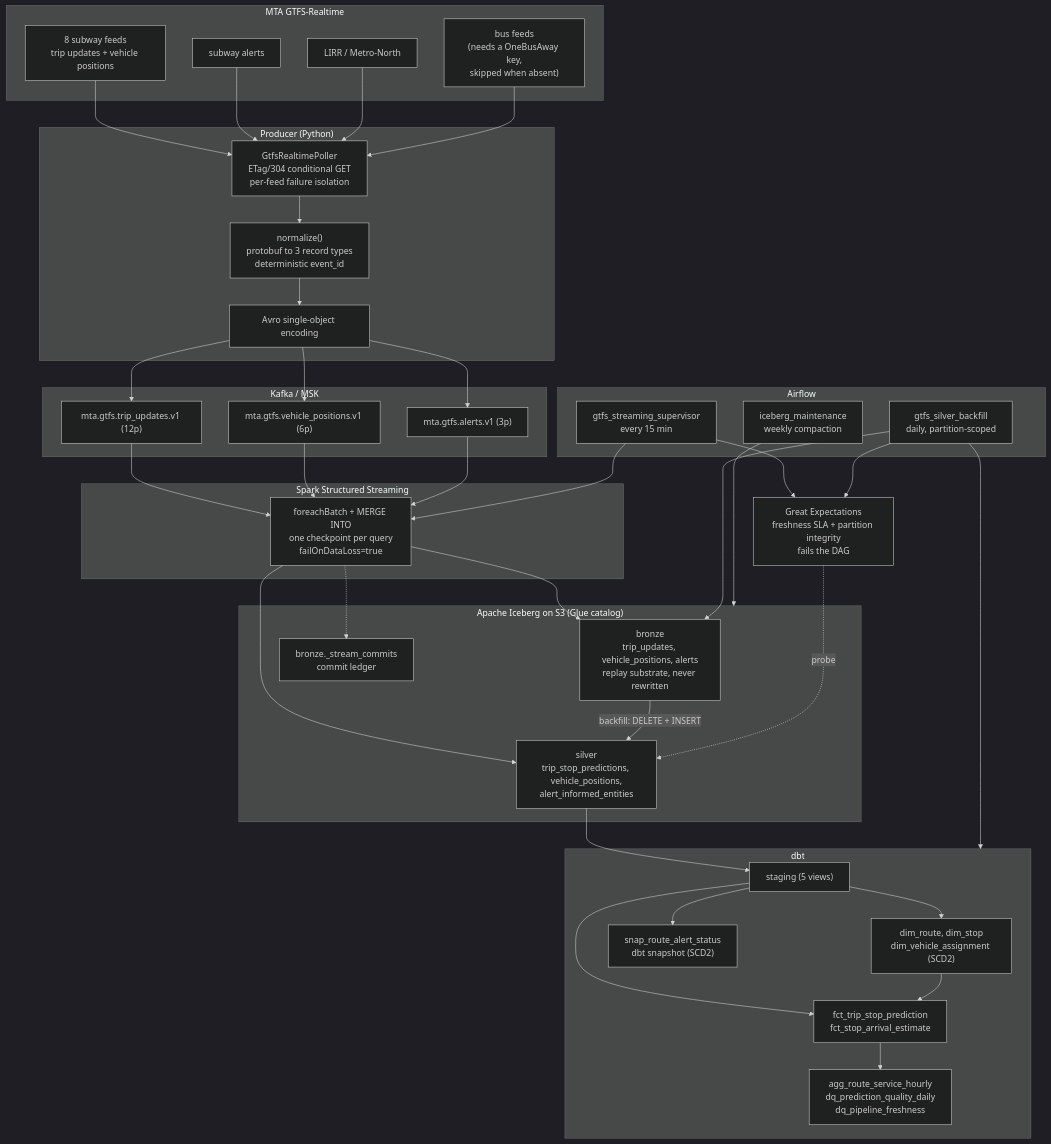
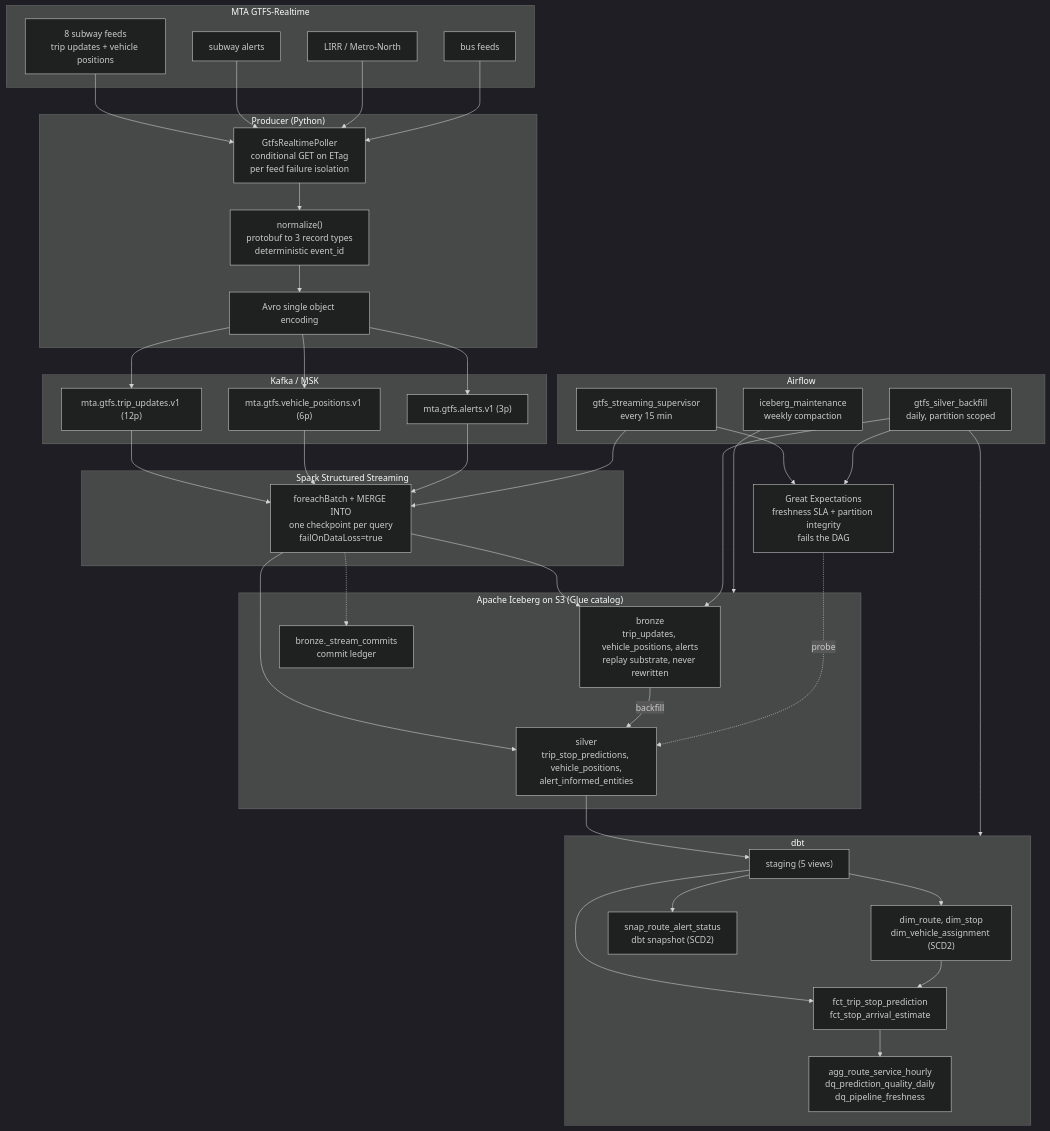
Before and after one commit to husseinmohab/nyc-transit-lakehouse: the diagram in README.md, drawn with Mermaid (dark theme). The commit also changed other lines of this file and 5 other files, not shown here.

````diff
--- a/README.md
+++ b/README.md
@@ -24,65 +11,65 @@
 ```mermaid
 flowchart TB
     subgraph src["MTA GTFS-Realtime"]
         F1["8 subway feeds<br/>trip updates + vehicle positions"]
         F2["subway alerts"]
         F3["LIRR / Metro-North"]
-        F4["bus feeds<br/>(needs a OneBusAway key,<br/>skipped when absent)"]
+        F4["bus feeds"]
     end
 
     subgraph ingest["Producer (Python)"]
-        P["GtfsRealtimePoller<br/>ETag/304 conditional GET<br/>per-feed failure isolation"]
+        P["GtfsRealtimePoller<br/>conditional GET on ETag<br/>per feed failure isolation"]
         N["normalize()<br/>protobuf to 3 record types<br/>deterministic event_id"]
-        A["Avro single-object encoding"]
+        A["Avro single object encoding"]
     end
 
     subgraph kafka["Kafka / MSK"]
         K1["mta.gtfs.trip_updates.v1 (12p)"]
         K2["mta.gtfs.vehicle_positions.v1 (6p)"]
         K3["mta.gtfs.alerts.v1 (3p)"]
     end
 
     subgraph spark["Spark Structured Streaming"]
         S["foreachBatch + MERGE INTO<br/>one checkpoint per query<br/>failOnDataLoss=true"]
     end
 
     subgraph lake["Apache Iceberg on S3 (Glue catalog)"]
         B["bronze<br/>trip_updates, vehicle_positions, alerts<br/>replay substrate, never rewritten"]
         SI["silver<br/>trip_stop_predictions, vehicle_positions,<br/>alert_informed_entities"]
         L["bronze._stream_commits<br/>commit ledger"]
     end
 
     subgraph dbt["dbt"]
         ST["staging (5 views)"]
         DIM["dim_route, dim_stop<br/>dim_vehicle_assignment (SCD2)"]
         SNAP["snap_route_alert_status<br/>dbt snapshot (SCD2)"]
         FCT["fct_trip_stop_prediction<br/>fct_stop_arrival_estimate"]
         AGG["agg_route_service_hourly<br/>dq_prediction_quality_daily<br/>dq_pipeline_freshness"]
     end
 
     subgraph orch["Airflow"]
         D1["gtfs_streaming_supervisor<br/>every 15 min"]
-        D2["gtfs_silver_backfill<br/>daily, partition-scoped"]
+        D2["gtfs_silver_backfill<br/>daily, partition scoped"]
         D3["iceberg_maintenance<br/>weekly compaction"]
     end
 
     GE["Great Expectations<br/>freshness SLA + partition integrity<br/>fails the DAG"]
 
     F1 & F2 & F3 & F4 --> P --> N --> A
     A --> K1 & K2 & K3
     K1 & K2 & K3 --> S
     S --> B
     S --> SI
     S -.-> L
-    B -->|backfill: DELETE + INSERT| SI
+    B -->|backfill| SI
     SI --> ST --> DIM & FCT
     DIM --> FCT --> AGG
     ST --> SNAP
     D1 --> S
     D1 --> GE
     D2 --> B
     D2 --> GE
     D2 --> dbt
     D3 --> lake
     GE -.->|probe| SI
 ```
````
